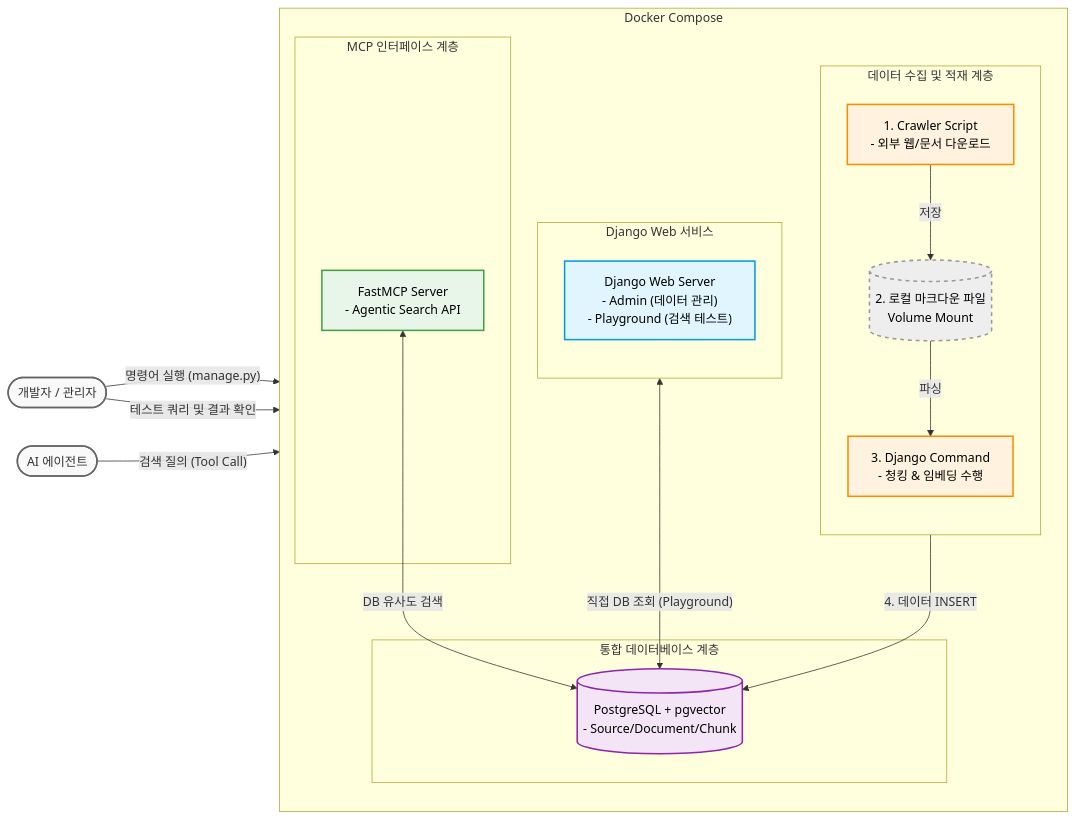
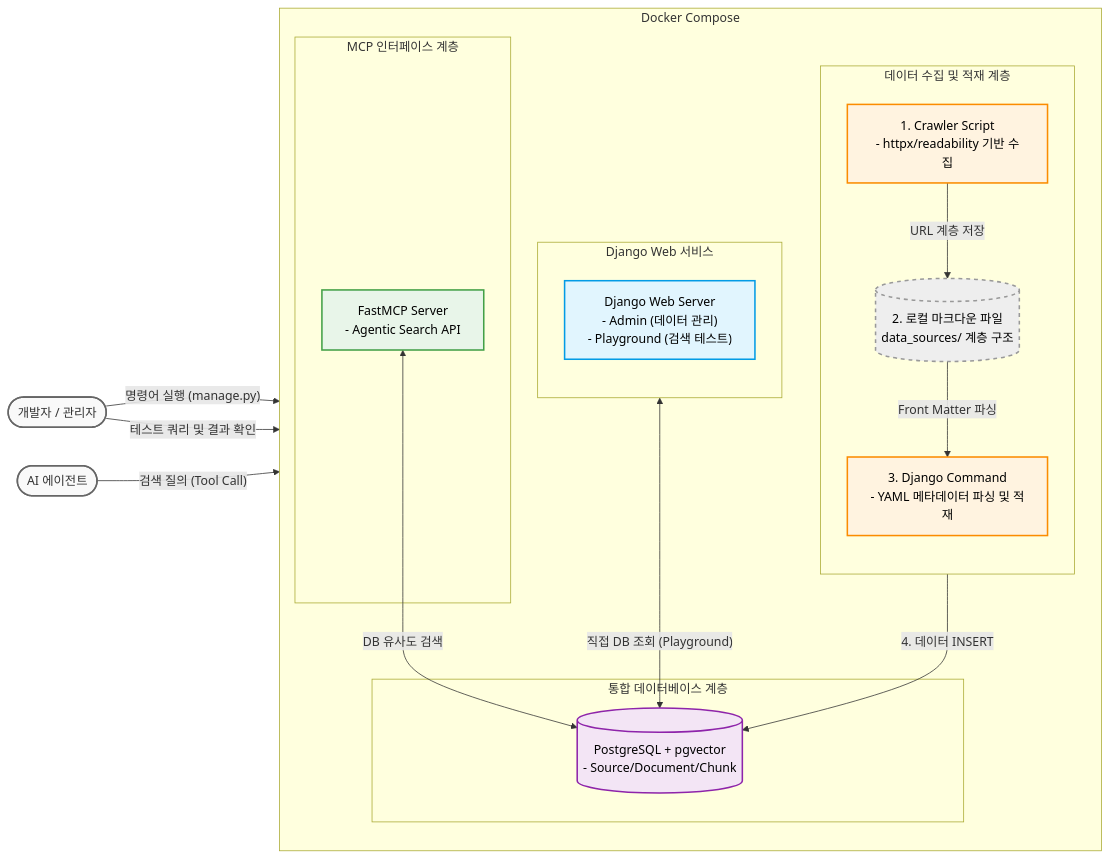
The diagram in specs/_architecture/architecture_design.md (beyondVS/django-docs-mcp), drawn with Mermaid before and after one commit. The commit also changed 2 other files, not shown here.

Commit message:
docs(arch): 컴포넌트 격리 테스트 및 데이터 수집 표준 반영
- .specify/memory/constitution.md: 서비스별 독립 테스트 관리 및 데이터 수집 메타데이터 표준 추가
- specs/_architecture/architecture_design.md: Ingestion Layer(Crawler, data_sources) 구조 및 흐름 구체화
- specs/_architecture/embedding_strategy.md: YAML Front Matter 활용 임베딩 전략 명시

````diff
--- a/specs/_architecture/architecture_design.md
+++ b/specs/_architecture/architecture_design.md
@@ -27,55 +27,55 @@
 ```mermaid
 graph LR
     %% 스타일 정의
     classDef client fill:#f9f9f9,stroke:#666,stroke-width:2px,color:#333;
     classDef web fill:#e1f5fe,stroke:#039be5,stroke-width:2px,color:#000;
     classDef worker fill:#fff3e0,stroke:#fb8c00,stroke-width:2px,color:#000;
     classDef db fill:#f3e5f5,stroke:#8e24aa,stroke-width:2px,color:#000;
     classDef mcp fill:#e8f5e9,stroke:#43a047,stroke-width:2px,color:#000;
     classDef file fill:#eeeeee,stroke:#999,stroke-width:2px,stroke-dasharray: 5 5,color:#000;
     classDef docker fill:#f4fbfe,stroke:#2496ed,stroke-width:2px,stroke-dasharray: 5 5;
 
     %% 액터 정의
     Dev([개발자 / 관리자]):::client
     Agent([AI 에이전트]):::client
 
     subgraph Docker_Compose ["Docker Compose"]
         direction TB
 
         %% 데이터 적재 파트
         subgraph Ingestion_Layer [데이터 수집 및 적재 계층]
             direction TB
-            Crawler[1. Crawler Script<br/>- 외부 웹/문서 다운로드]:::worker
-            LocalFile[(2. 로컬 마크다운 파일<br/>Volume Mount)]:::file
-            DjangoCmd[3. Django Command<br/>- 청킹 & 임베딩 수행]:::worker
+            Crawler[1. Crawler Script<br/>- httpx/readability 기반 수집]:::worker
+            LocalFile[(2. 로컬 마크다운 파일<br/>data_sources/ 계층 구조)]:::file
+            DjangoCmd[3. Django Command<br/>- YAML 메타데이터 파싱 및 적재]:::worker
 
-            Crawler -- 저장 --> LocalFile
-            LocalFile -- 파싱 --> DjangoCmd
+            Crawler -- "URL 계층 저장" --> LocalFile
+            LocalFile -- "Front Matter 파싱" --> DjangoCmd
         end
 
         %% 데이터베이스 파트
         subgraph Database_Layer [통합 데이터베이스 계층]
             PG[(PostgreSQL + pgvector<br/>- Source/Document/Chunk)]:::db
         end
 
         %% UI 파트
         subgraph Web_Layer [Django Web 서비스]
             direction TB
             DjangoWeb["Django Web Server<br/>- Admin (데이터 관리)<br/>- Playground (검색 테스트)"]:::web
         end
 
         %% 데이터 제공 파트
         subgraph Serving_Layer [MCP 인터페이스 계층]
             FastMCP[FastMCP Server<br/>- Agentic Search API]:::mcp
         end
 
         DjangoCmd -- "4. 데이터 INSERT" --> PG
         DjangoWeb -- "직접 DB 조회 (Playground)" <--> PG
         FastMCP -- "DB 유사도 검색" <--> PG
     end
 
     %% 외부 상호작용
     Dev -- "명령어 실행 (manage.py)" --> DjangoCmd
     Dev -- "테스트 쿼리 및 결과 확인" --> DjangoWeb
     Agent -- "검색 질의 (Tool Call)" --> FastMCP
 ```
````
